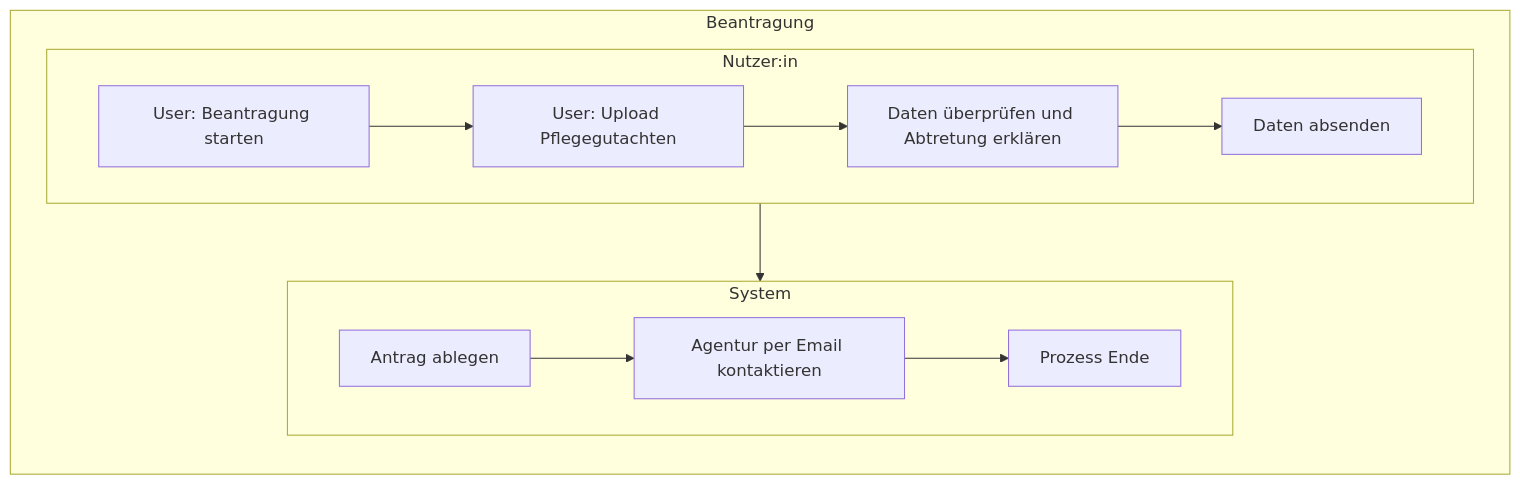
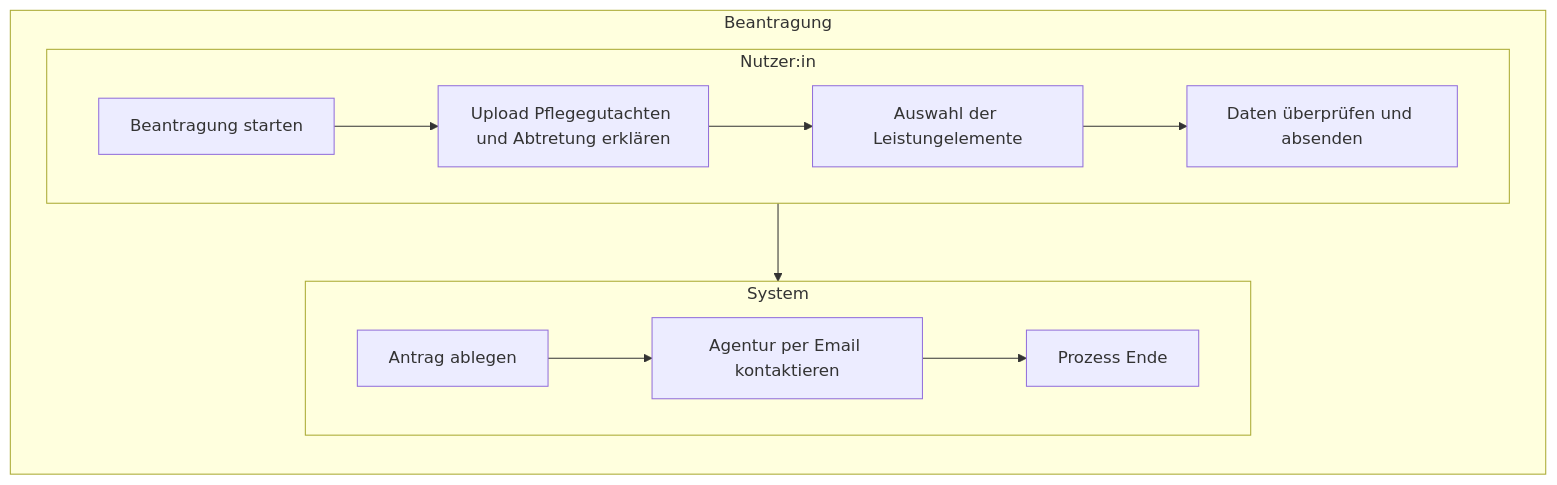
One commit to jomatotu/pflegeleicht changed the diagram in documentation/architecture/laufzeitsicht.md. Above: the diagram before and after it, drawn with Mermaid. The commit also changed other lines of this file, not shown here.

Commit message:
Revise `laufzeitsicht.md` by removing the MVP target section and updating the process flow diagram to reflect changes in user steps, enhancing clarity in the application process.

````diff
--- a/documentation/architecture/laufzeitsicht.md
+++ b/documentation/architecture/laufzeitsicht.md
@@ -14,23 +8,23 @@
 ```mermaid
 flowchart TB
 
     subgraph lane["Beantragung"]
         direction TB
         subgraph sublane_one["Nutzer:in"]
             direction LR
-            step_u0[User: Beantragung starten]
-            step_u2[User: Upload Pflegegutachten]
-            step_u4[Daten überprüfen und Abtretung erklären]
-            step_u6[Daten absenden]
-            step_u0 --> step_u2 --> step_u4 --> step_u6
+            step_u0[Beantragung starten]
+            step_u2[Upload Pflegegutachten und Abtretung erklären]
+            step_u3[Auswahl der Leistungelemente]
+            step_u4[Daten überprüfen und absenden]
+            step_u0 --> step_u2 --> step_u3 --> step_u4
         end
         subgraph sublane_two["System"]
             direction LR
             step_s1[Antrag ablegen]
             step_s2[Agentur per Email kontaktieren]
             step_s4[Prozess Ende]
             step_s1 --> step_s2 --> step_s4
         end
-        step_u6 --> step_s1
+        step_u4 --> step_s1
     end
 ```
````
